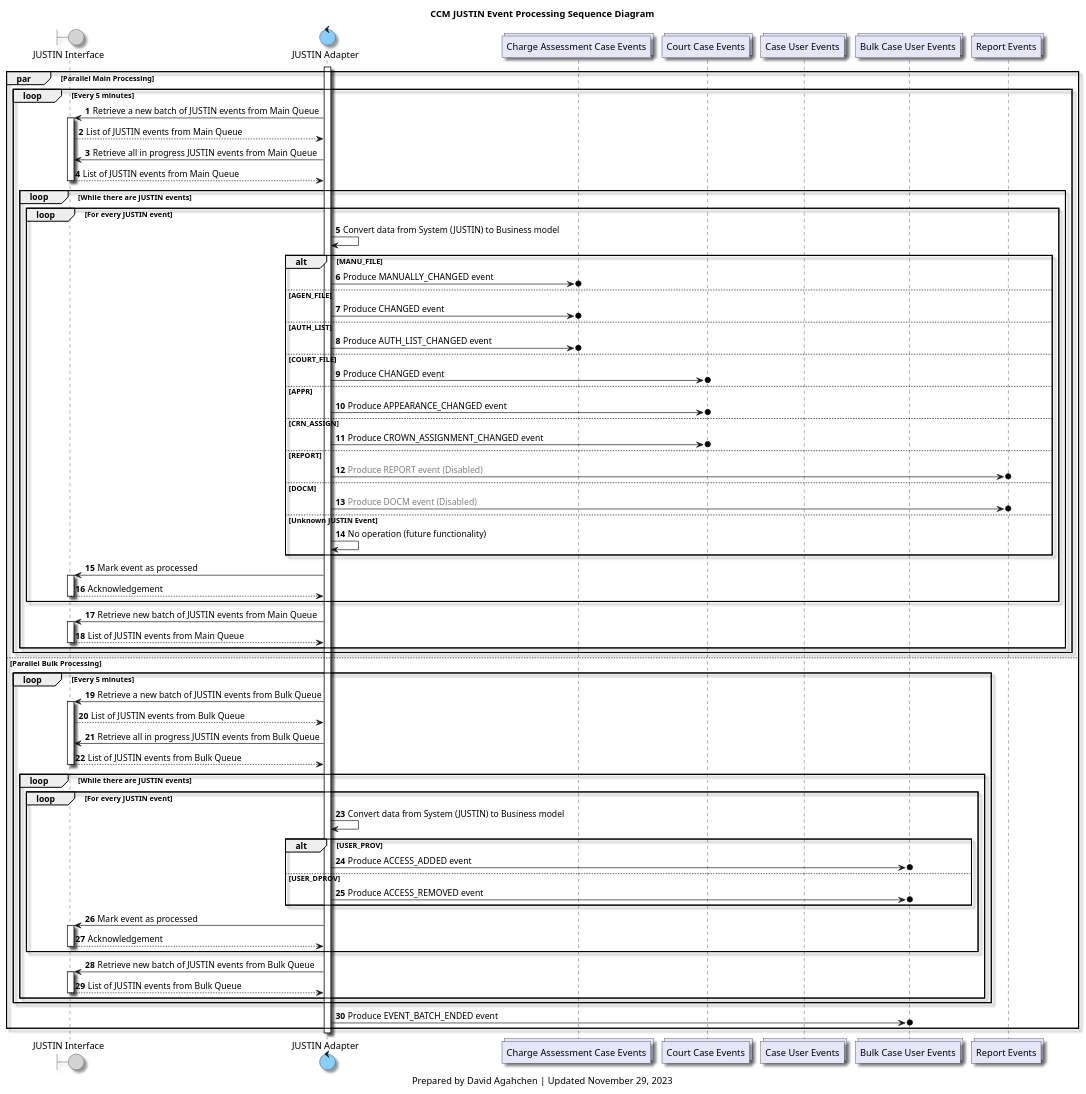
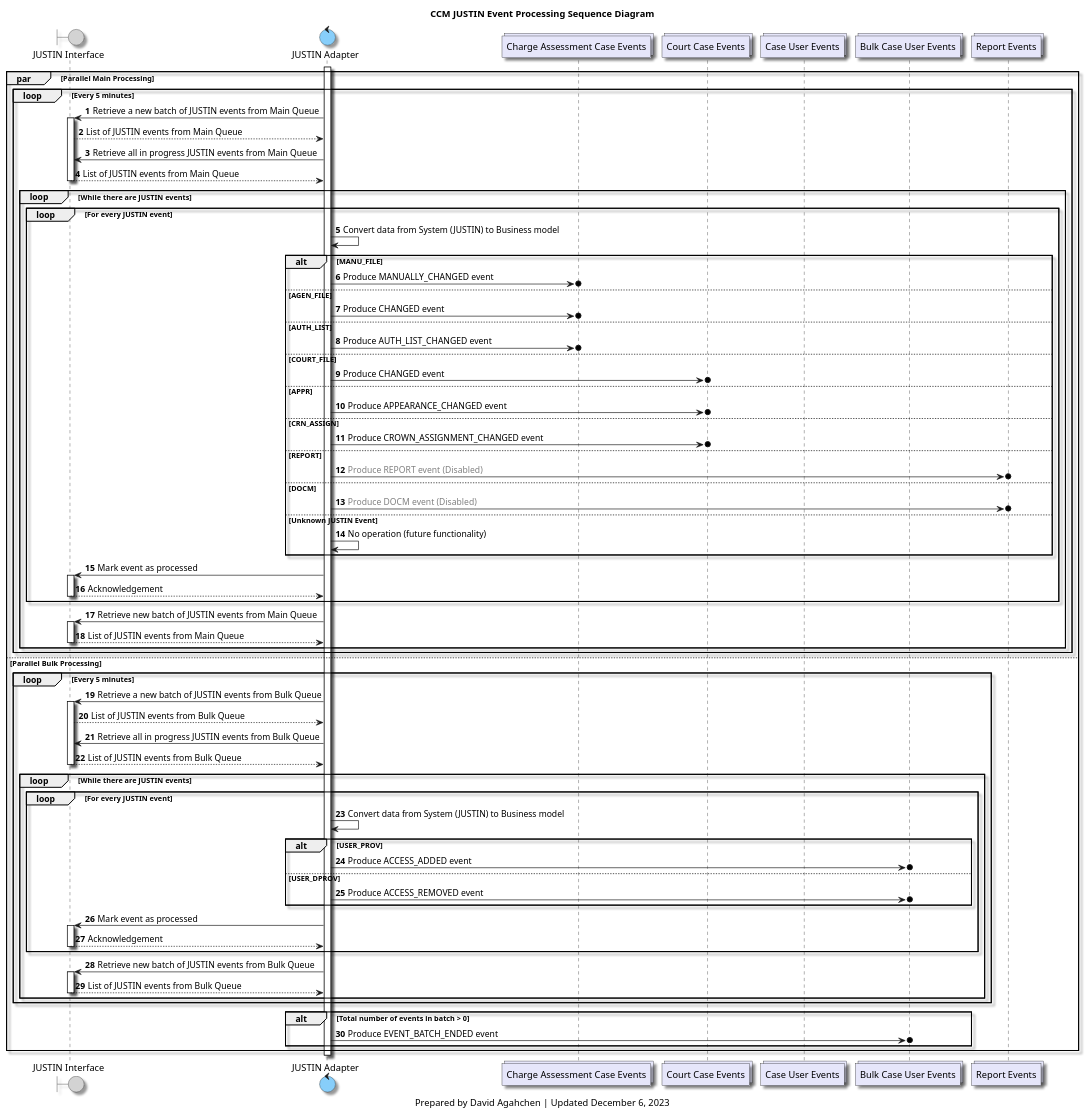
The diagram in diagrams/ccm_justin_event_processing_sequence_diagram.plantuml (bcgov/jpss-jade-ccm), drawn with PlantUML before and after one commit. The commit also changed 1 other file, not shown here.

Commit message:
Fix diagram for EVENT_BATCH_ENDED event handling

```diff
--- a/diagrams/ccm_justin_event_processing_sequence_diagram.plantuml
+++ b/diagrams/ccm_justin_event_processing_sequence_diagram.plantuml
@@ -1,114 +1,115 @@
 @startuml
 'hide footbox
 
 skinparam Shadowing true
 skinparam CollectionsBackgroundColor Lavender
 skinparam ControlBackgroundColor LightSkyBlue
 skinparam BoundaryBackgroundColor LightGrey
 
 /' 
 Available colours
 https://plantuml-documentation.readthedocs.io/en/latest/formatting/color-names.html
 '/
 
 boundary j_interface as "JUSTIN Interface"
 control j_adapter as "JUSTIN Adapter"
 collections charge_assessment_cases_topic as "Charge Assessment Case Events"
 collections court_cases_topic as "Court Case Events"
 collections case_users_topic as "Case User Events"
 collections bulk_case_users_topic as "Bulk Case User Events"
 collections reports_topic as "Report Events"
 
 title
 CCM JUSTIN Event Processing Sequence Diagram
 end title
 
 autonumber
 
 activate j_adapter
 
 par Parallel Main Processing
 
     loop Every 5 minutes
         j_adapter-> j_interface: Retrieve a new batch of JUSTIN events from Main Queue
         activate j_interface
         j_interface --> j_adapter: List of JUSTIN events from Main Queue
         j_adapter-> j_interface: Retrieve all in progress JUSTIN events from Main Queue
         j_interface --> j_adapter: List of JUSTIN events from Main Queue
         deactivate j_interface
 
         loop While there are JUSTIN events
             loop For every JUSTIN event
                 j_adapter -> j_adapter: Convert data from System (JUSTIN) to Business model
                 alt MANU_FILE
                     j_adapter ->o charge_assessment_cases_topic: Produce MANUALLY_CHANGED event
                 else AGEN_FILE
                     j_adapter ->o charge_assessment_cases_topic: Produce CHANGED event
                 else AUTH_LIST
                     j_adapter ->o charge_assessment_cases_topic: Produce AUTH_LIST_CHANGED event
                 else COURT_FILE
                     j_adapter ->o court_cases_topic: Produce CHANGED event
                 else APPR
                     j_adapter ->o court_cases_topic: Produce APPEARANCE_CHANGED event
                 else CRN_ASSIGN
                     j_adapter ->o court_cases_topic: Produce CROWN_ASSIGNMENT_CHANGED event
                 else REPORT
                     j_adapter ->o reports_topic: <font color=grey>Produce REPORT event (Disabled)</font>
                 else DOCM
                     j_adapter ->o reports_topic: <font color=grey>Produce DOCM event (Disabled)</font>
                 else Unknown JUSTIN Event
                     j_adapter -> j_adapter: No operation (future functionality)
                 end
                 j_adapter -> j_interface: Mark event as processed
                 activate j_interface
                 j_interface --> j_adapter: Acknowledgement
                 deactivate j_interface
             end
 
             j_adapter-> j_interface: Retrieve new batch of JUSTIN events from Main Queue
             activate j_interface
             j_interface --> j_adapter: List of JUSTIN events from Main Queue
             deactivate j_interface
         end
     end
 
 else Parallel Bulk Processing
 
     loop Every 5 minutes
         j_adapter-> j_interface: Retrieve a new batch of JUSTIN events from Bulk Queue
         activate j_interface
         j_interface --> j_adapter: List of JUSTIN events from Bulk Queue
         j_adapter-> j_interface: Retrieve all in progress JUSTIN events from Bulk Queue
         j_interface --> j_adapter: List of JUSTIN events from Bulk Queue
         deactivate j_interface
 
         loop While there are JUSTIN events
             loop For every JUSTIN event
                 j_adapter -> j_adapter: Convert data from System (JUSTIN) to Business model
                 alt USER_PROV
                     j_adapter ->o bulk_case_users_topic: Produce ACCESS_ADDED event
                 else USER_DPROV
                     j_adapter ->o bulk_case_users_topic: Produce ACCESS_REMOVED event
                 end
                 j_adapter -> j_interface: Mark event as processed
                 activate j_interface
                 j_interface --> j_adapter: Acknowledgement
                 deactivate j_interface
             end
 
             j_adapter-> j_interface: Retrieve new batch of JUSTIN events from Bulk Queue
             activate j_interface
             j_interface --> j_adapter: List of JUSTIN events from Bulk Queue
             deactivate j_interface
         end
     end
 
-    j_adapter ->o bulk_case_users_topic : Produce EVENT_BATCH_ENDED event
-
+    alt Total number of events in batch > 0
+        j_adapter ->o bulk_case_users_topic : Produce EVENT_BATCH_ENDED event
+    end
 end
 deactivate j_adapter
 
 caption
-Prepared by David Agahchen | Updated November 29, 2023
+Prepared by David Agahchen | Updated December 6, 2023
 end caption
 @enduml
```
